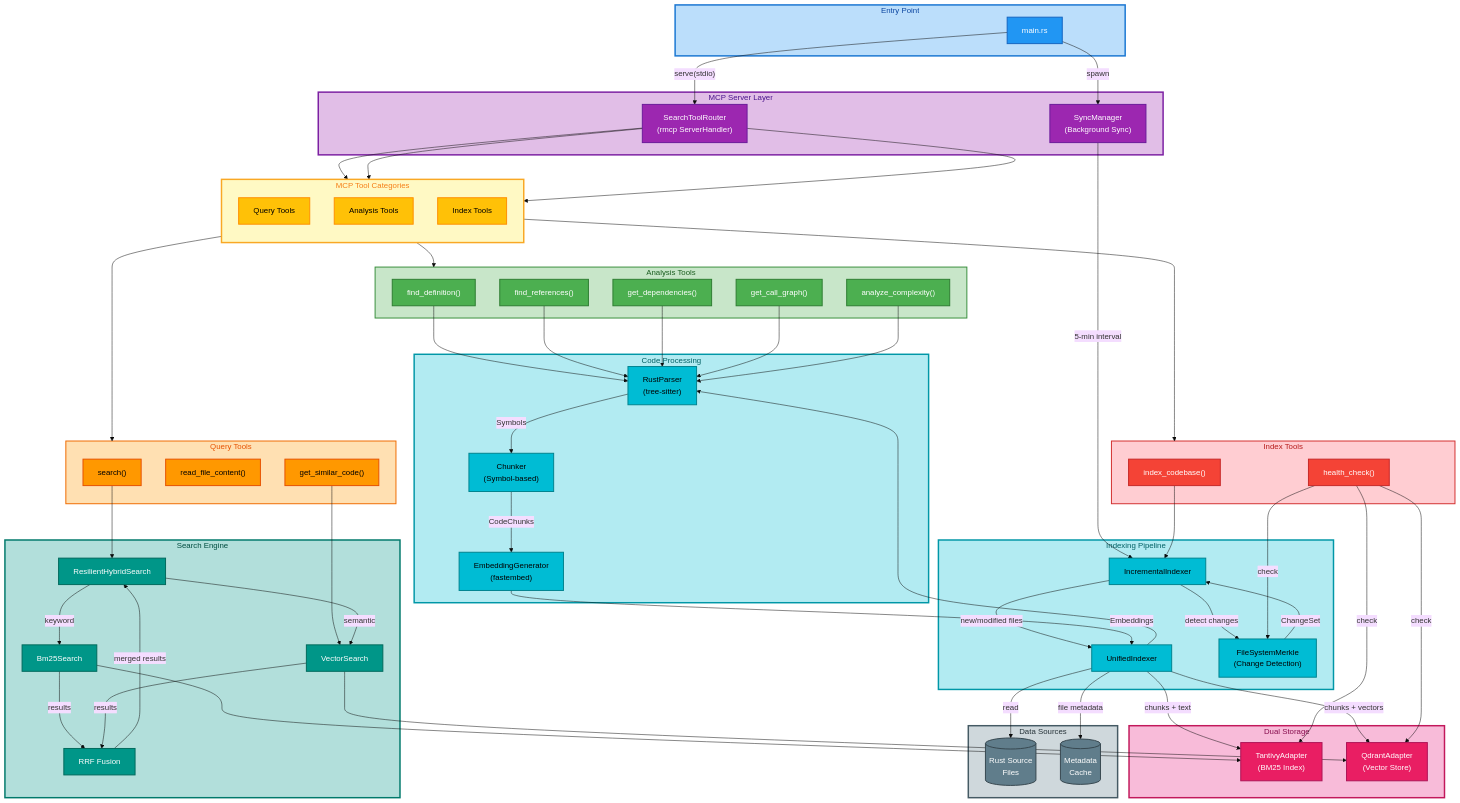
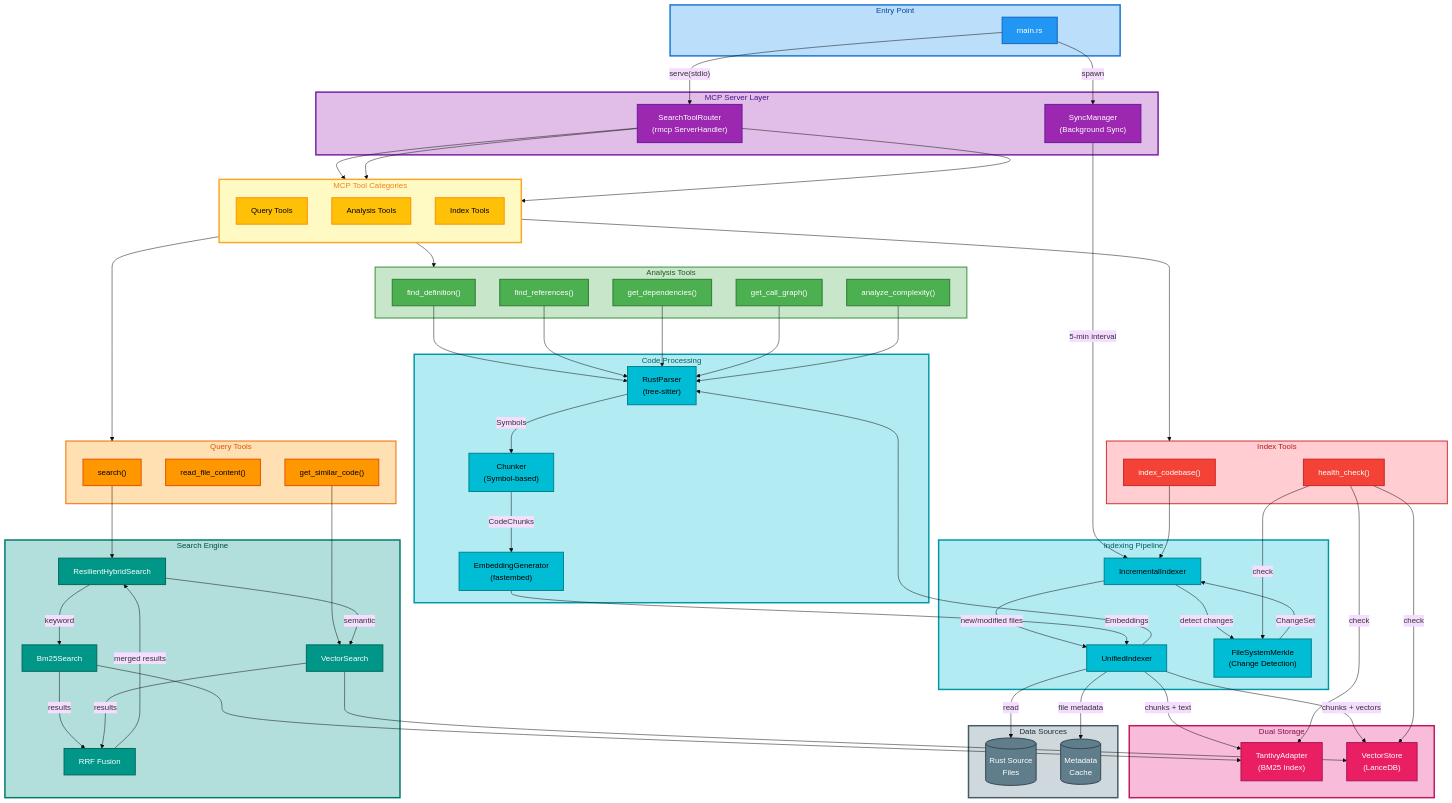
One commit to molaco/rust-code-mcp changed the diagram in architecture.mmd. Above: the diagram before and after it, drawn with Mermaid (base theme). The commit also changed 21 other files, not shown here.

First line of the commit message:
chore: Complete Qdrant to LanceDB migration cleanup

```diff
--- a/architecture.mmd
+++ b/architecture.mmd
@@ -1,161 +1,161 @@
 flowchart TB
     subgraph Entry["Entry Point"]
         main["main.rs"]
     end
 
     subgraph MCP["MCP Server Layer"]
         router["SearchToolRouter<br/>(rmcp ServerHandler)"]
         sync["SyncManager<br/>(Background Sync)"]
     end
 
     subgraph Tools["MCP Tool Categories"]
         direction TB
         query["Query Tools"]
         analysis["Analysis Tools"]
         index["Index Tools"]
     end
 
     subgraph QueryTools["Query Tools"]
         search_tool["search()"]
         read_file["read_file_content()"]
         similar["get_similar_code()"]
     end
 
     subgraph AnalysisTools["Analysis Tools"]
         find_def["find_definition()"]
         find_ref["find_references()"]
         get_deps["get_dependencies()"]
         call_graph["get_call_graph()"]
         complexity["analyze_complexity()"]
     end
 
     subgraph IndexTools["Index Tools"]
         index_cb["index_codebase()"]
         health["health_check()"]
     end
 
     subgraph Indexing["Indexing Pipeline"]
         incremental["IncrementalIndexer"]
         unified["UnifiedIndexer"]
         merkle["FileSystemMerkle<br/>(Change Detection)"]
     end
 
     subgraph Processing["Code Processing"]
         parser["RustParser<br/>(tree-sitter)"]
         chunker["Chunker<br/>(Symbol-based)"]
         embedder["EmbeddingGenerator<br/>(fastembed)"]
     end
 
     subgraph Storage["Dual Storage"]
         tantivy["TantivyAdapter<br/>(BM25 Index)"]
-        qdrant["QdrantAdapter<br/>(Vector Store)"]
+        lancedb["VectorStore<br/>(LanceDB)"]
     end
 
     subgraph Search["Search Engine"]
         resilient["ResilientHybridSearch"]
         bm25["Bm25Search"]
         vector["VectorSearch"]
         rrf["RRF Fusion"]
     end
 
     subgraph DataFlow["Data Sources"]
         files[("Rust Source<br/>Files")]
         cache[("Metadata<br/>Cache")]
     end
 
     %% Entry flow
     main -->|"spawn"| sync
     main -->|"serve(stdio)"| router
 
     %% Router to tools
     router --> query
     router --> analysis
     router --> index
 
     query --> QueryTools
     analysis --> AnalysisTools
     index --> IndexTools
 
     %% Sync manager flow
     sync -->|"5-min interval"| incremental
 
     %% Index tool flow
     index_cb --> incremental
 
     %% Indexing pipeline
     incremental -->|"detect changes"| merkle
     merkle -->|"ChangeSet"| incremental
     incremental -->|"new/modified files"| unified
 
     %% Processing pipeline
     unified -->|"read"| files
     unified --> parser
     parser -->|"Symbols"| chunker
     chunker -->|"CodeChunks"| embedder
     embedder -->|"Embeddings"| unified
 
     %% Dual indexing
     unified -->|"chunks + text"| tantivy
-    unified -->|"chunks + vectors"| qdrant
+    unified -->|"chunks + vectors"| lancedb
     unified -->|"file metadata"| cache
 
     %% Search flow
     search_tool --> resilient
     similar --> vector
 
     resilient -->|"keyword"| bm25
     resilient -->|"semantic"| vector
     bm25 --> tantivy
-    vector --> qdrant
+    vector --> lancedb
     bm25 -->|"results"| rrf
     vector -->|"results"| rrf
     rrf -->|"merged results"| resilient
 
     %% Analysis tools use parser
     find_def --> parser
     find_ref --> parser
     get_deps --> parser
     call_graph --> parser
     complexity --> parser
 
     %% Health check
     health -->|"check"| tantivy
-    health -->|"check"| qdrant
+    health -->|"check"| lancedb
     health -->|"check"| merkle
 
     %% Node Styling - Dark text on lighter backgrounds
     classDef entry fill:#2196F3,stroke:#1565C0,color:#ffffff,stroke-width:2px
     classDef mcp fill:#9C27B0,stroke:#6A1B9A,color:#ffffff,stroke-width:2px
     classDef queryTool fill:#FF9800,stroke:#E65100,color:#000000,stroke-width:2px
     classDef analysisTool fill:#4CAF50,stroke:#2E7D32,color:#ffffff,stroke-width:2px
     classDef indexTool fill:#F44336,stroke:#C62828,color:#ffffff,stroke-width:2px
     classDef process fill:#00BCD4,stroke:#00838F,color:#000000,stroke-width:2px
     classDef storage fill:#E91E63,stroke:#AD1457,color:#ffffff,stroke-width:2px
     classDef search fill:#009688,stroke:#00695C,color:#ffffff,stroke-width:2px
     classDef data fill:#607D8B,stroke:#37474F,color:#ffffff,stroke-width:2px
     classDef category fill:#FFC107,stroke:#FF8F00,color:#000000,stroke-width:2px
 
     %% Apply styles
     class main entry
     class router,sync mcp
     class query,analysis,index category
     class search_tool,read_file,similar queryTool
     class find_def,find_ref,get_deps,call_graph,complexity analysisTool
     class index_cb,health indexTool
     class parser,chunker,embedder,incremental,unified,merkle process
-    class tantivy,qdrant storage
+    class tantivy,lancedb storage
     class resilient,bm25,vector,rrf search
     class files,cache data
 
     %% Subgraph styling
     style Entry fill:#BBDEFB,stroke:#1976D2,stroke-width:3px,color:#0D47A1
     style MCP fill:#E1BEE7,stroke:#7B1FA2,stroke-width:3px,color:#4A148C
     style Tools fill:#FFF9C4,stroke:#F9A825,stroke-width:3px,color:#F57F17
     style QueryTools fill:#FFE0B2,stroke:#EF6C00,stroke-width:2px,color:#E65100
     style AnalysisTools fill:#C8E6C9,stroke:#388E3C,stroke-width:2px,color:#1B5E20
     style IndexTools fill:#FFCDD2,stroke:#D32F2F,stroke-width:2px,color:#B71C1C
     style Indexing fill:#B2EBF2,stroke:#0097A7,stroke-width:3px,color:#006064
     style Processing fill:#B2EBF2,stroke:#0097A7,stroke-width:3px,color:#006064
     style Storage fill:#F8BBD9,stroke:#C2185B,stroke-width:3px,color:#880E4F
     style Search fill:#B2DFDB,stroke:#00796B,stroke-width:3px,color:#004D40
     style DataFlow fill:#CFD8DC,stroke:#455A64,stroke-width:3px,color:#263238
```
